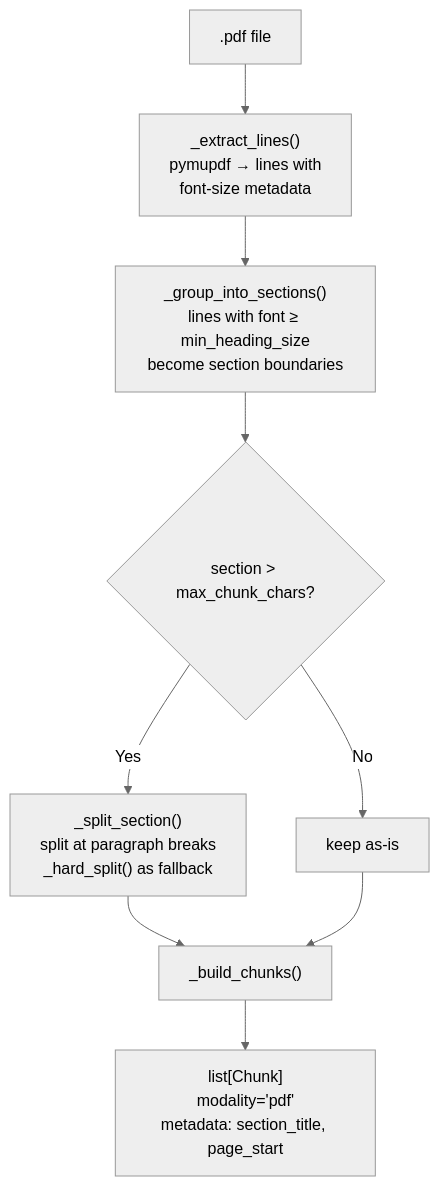
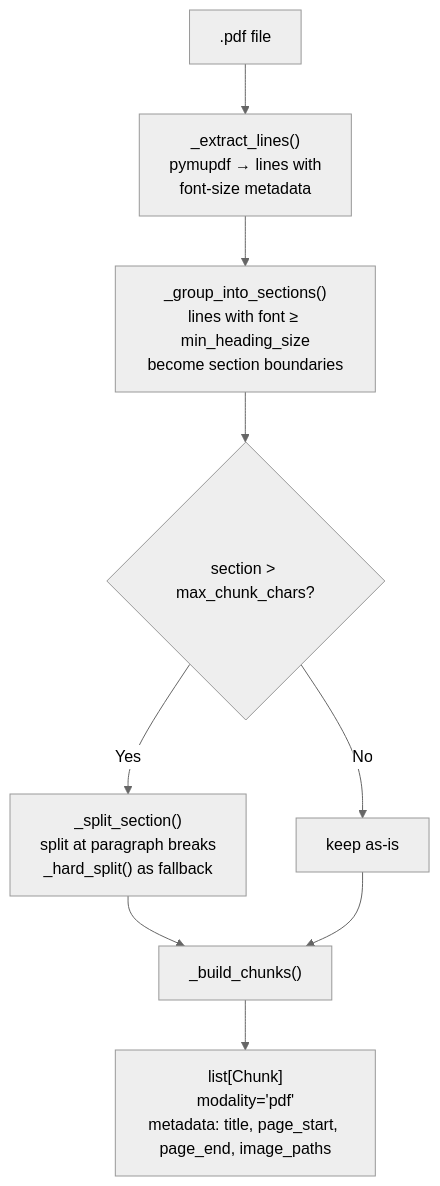
The fourth of 12 diagrams in code_logic.md (karaberke/luminrag), drawn with Mermaid (neutral theme) before and after one commit. The commit also changed other lines of this file and 32 other files, not shown here.

````diff
--- a/code_logic.md
+++ b/code_logic.md
@@ -125,11 +132,11 @@
 ```mermaid
 flowchart TD
     A[".pdf file"] --> B["_extract_lines()\npymupdf → lines with\nfont-size metadata"]
     B --> C["_group_into_sections()\nlines with font ≥ min_heading_size\nbecome section boundaries"]
     C --> D{"section > max_chunk_chars?"}
     D -->|Yes| E["_split_section()\nsplit at paragraph breaks\n_hard_split() as fallback"]
     D -->|No| F["keep as-is"]
     E --> G["_build_chunks()"]
     F --> G
-    G --> H["list[Chunk]\nmodality='pdf'\nmetadata: section_title, page_start"]
+    G --> H["list[Chunk]\nmodality='pdf'\nmetadata: title, page_start, page_end, image_paths"]
 ```
````
